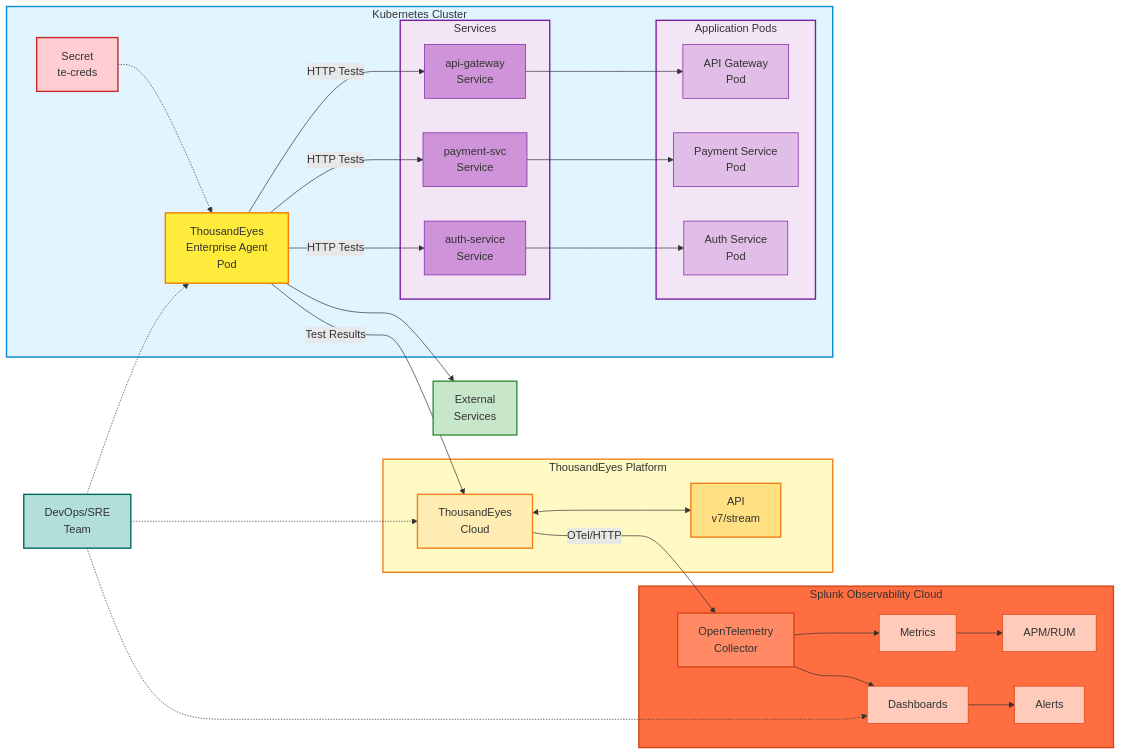
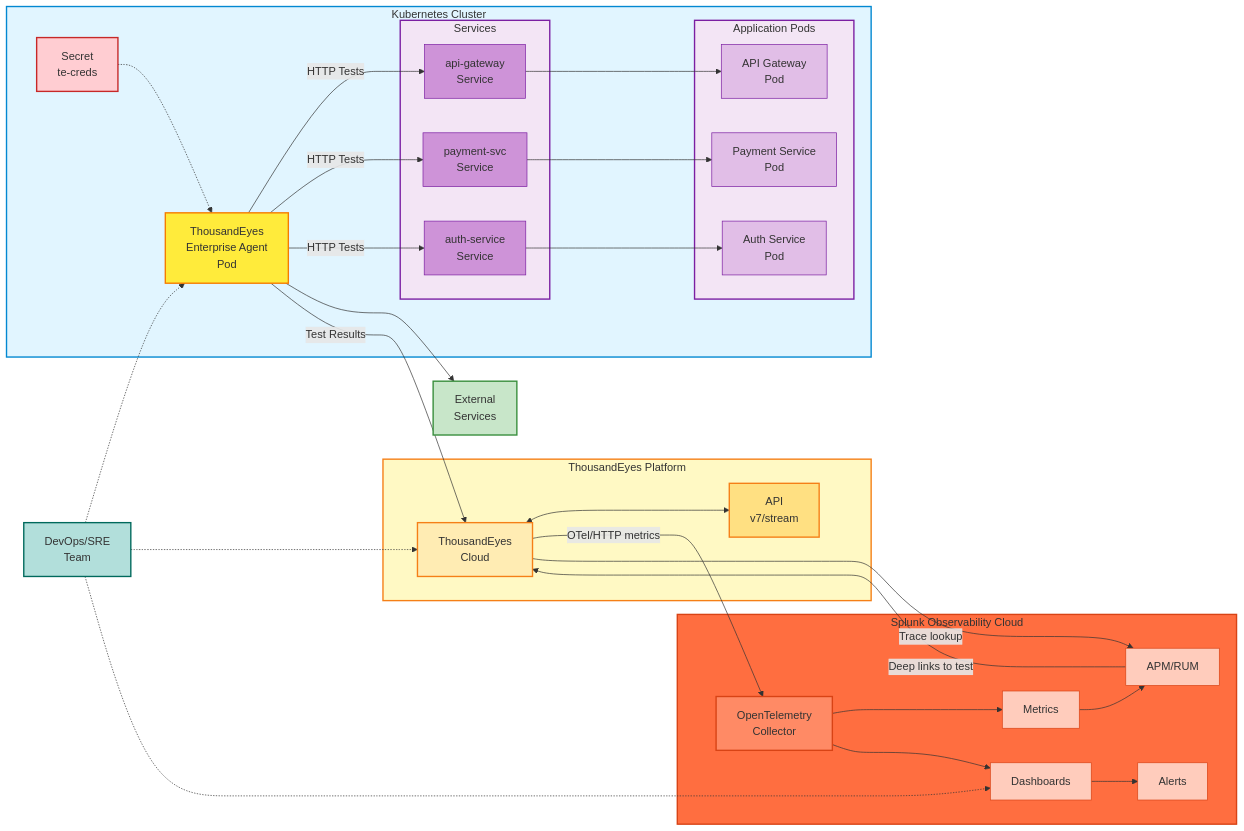
The diagram in content/en/scenarios/thousandeyes-integration/1-overview/_index.md (splunk/observability-workshop), drawn with Mermaid before and after one commit. The commit also changed other lines of this file and 10 other files, not shown here.

```diff
--- a/content/en/scenarios/thousandeyes-integration/1-overview/_index.md
+++ b/content/en/scenarios/thousandeyes-integration/1-overview/_index.md
@@ -82,7 +82,9 @@
         dashboards --> alerts
     end
     
-    te_cloud -->|"OTel/HTTP"| otel
+    te_cloud -->|"OTel/HTTP metrics"| otel
+    te_cloud -->|"Trace lookup"| apm
+    apm -->|"Deep links to test"| te_cloud
     
     user["DevOps/SRE<br/>Team"]
     user -.-> te_cloud
```
